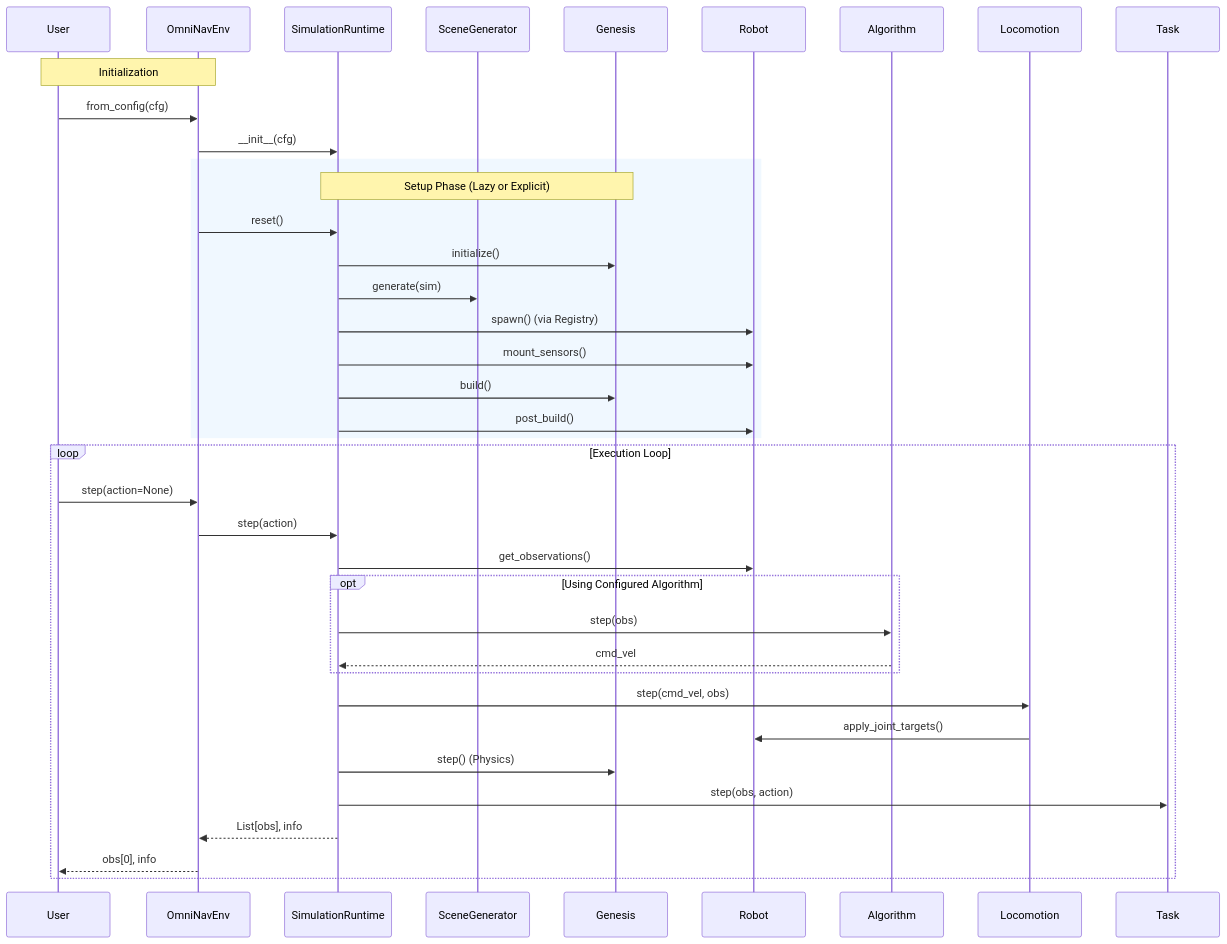
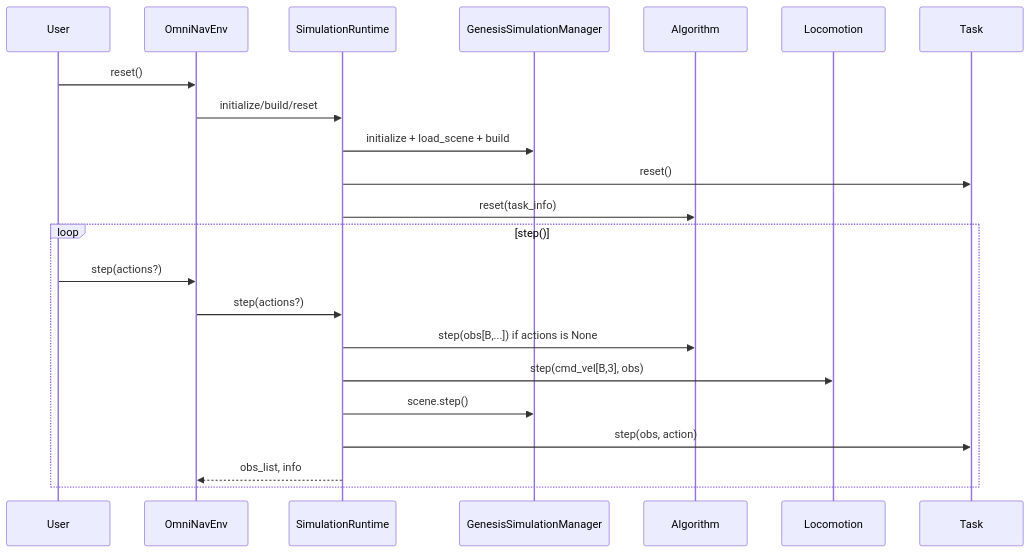
The third of 3 diagrams in .github/contributing/IMPLEMENTATION_PLAN.md (Royalvice/OmniNav), drawn with Mermaid before and after one commit. The commit also changed other lines of this file and 27 other files, not shown here.

Commit message:
refactor: Revise AGENTS.md and IMPLEMENTATION_PLAN.md for clarity and structure; enhance TASK.md with updated task tracking for OmniNav v0.1; improve example scripts with argparse support for test modes and viewer options.

````diff
--- a/.github/contributing/IMPLEMENTATION_PLAN.md
+++ b/.github/contributing/IMPLEMENTATION_PLAN.md
@@ -211,47 +87,26 @@
 ```mermaid
 sequenceDiagram
-    participant User
-    participant Env as OmniNavEnv
-    participant Runtime as SimulationRuntime
-    participant Asset as SceneGenerator
-    participant Sim as Genesis
-    participant Robot
-    participant Algo as Algorithm
-    participant Loco as Locomotion
-    participant Task
-    
-    Note over User, Env: Initialization
-    User->>Env: from_config(cfg)
-    Env->>Runtime: __init__(cfg)
-    
-    rect rgb(240, 248, 255)
-    Note over Runtime, Sim: Setup Phase (Lazy or Explicit)
-    Env->>Runtime: reset()
-    Runtime->>Sim: initialize()
-    Runtime->>Asset: generate(sim)
-    Runtime->>Robot: spawn() (via Registry)
-    Runtime->>Robot: mount_sensors()
-    Runtime->>Sim: build()
-    Runtime->>Robot: post_build()
-    end
+    participant U as User
+    participant E as OmniNavEnv
+    participant R as SimulationRuntime
+    participant S as GenesisSimulationManager
+    participant A as Algorithm
+    participant L as Locomotion
+    participant T as Task
 
-    loop Execution Loop
-        User->>Env: step(action=None)
-        Env->>Runtime: step(action)
-        
-        Runtime->>Robot: get_observations()
-        
-        opt Using Configured Algorithm
-            Runtime->>Algo: step(obs)
-            Algo-->>Runtime: cmd_vel
-        end
-        
-        Runtime->>Loco: step(cmd_vel, obs)
-        Loco->>Robot: apply_joint_targets()
-        Runtime->>Sim: step() (Physics)
-        
-        Runtime->>Task: step(obs, action)
-        Runtime-->>Env: List[obs], info
-        Env-->>User: obs[0], info
+    U->>E: reset()
+    E->>R: initialize/build/reset
+    R->>S: initialize + load_scene + build
+    R->>T: reset()
+    R->>A: reset(task_info)
+
+    loop step()
+        U->>E: step(actions?)
+        E->>R: step(actions?)
+        R->>A: step(obs[B,...]) if actions is None
+        R->>L: step(cmd_vel[B,3], obs)
+        R->>S: scene.step()
+        R->>T: step(obs, action)
+        R-->>E: obs_list, info
     end
 ```
````
